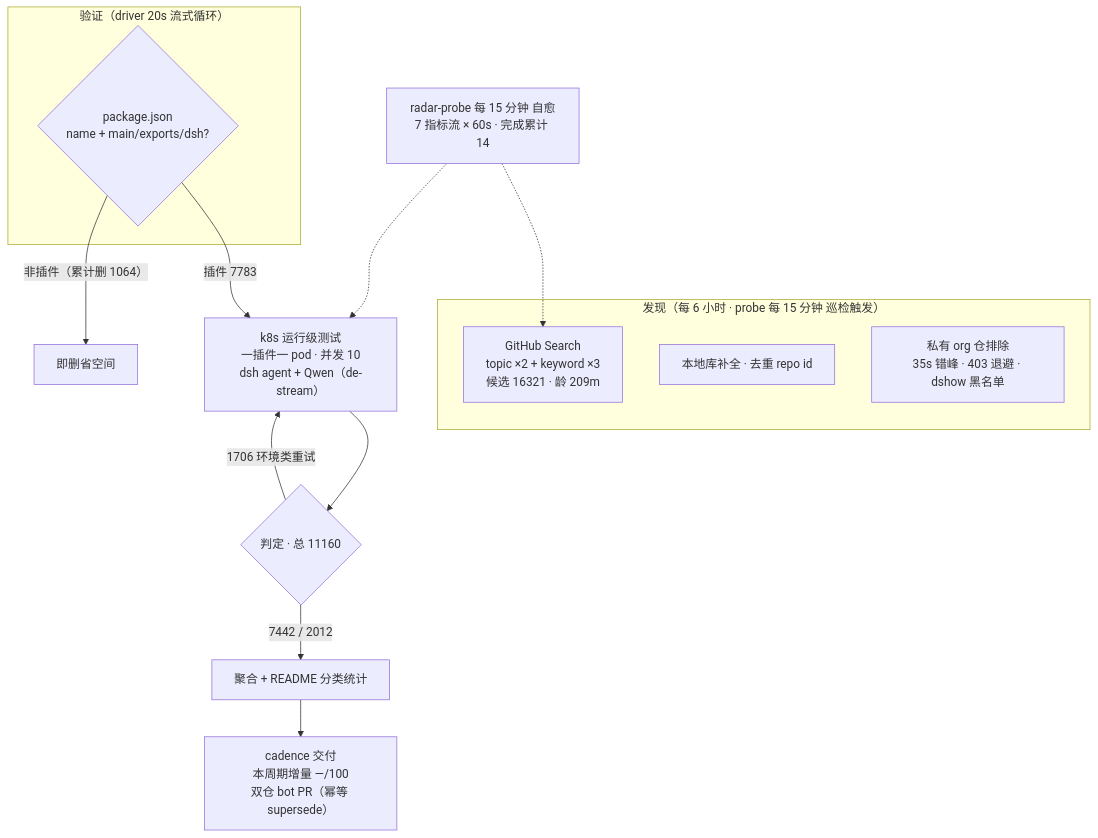
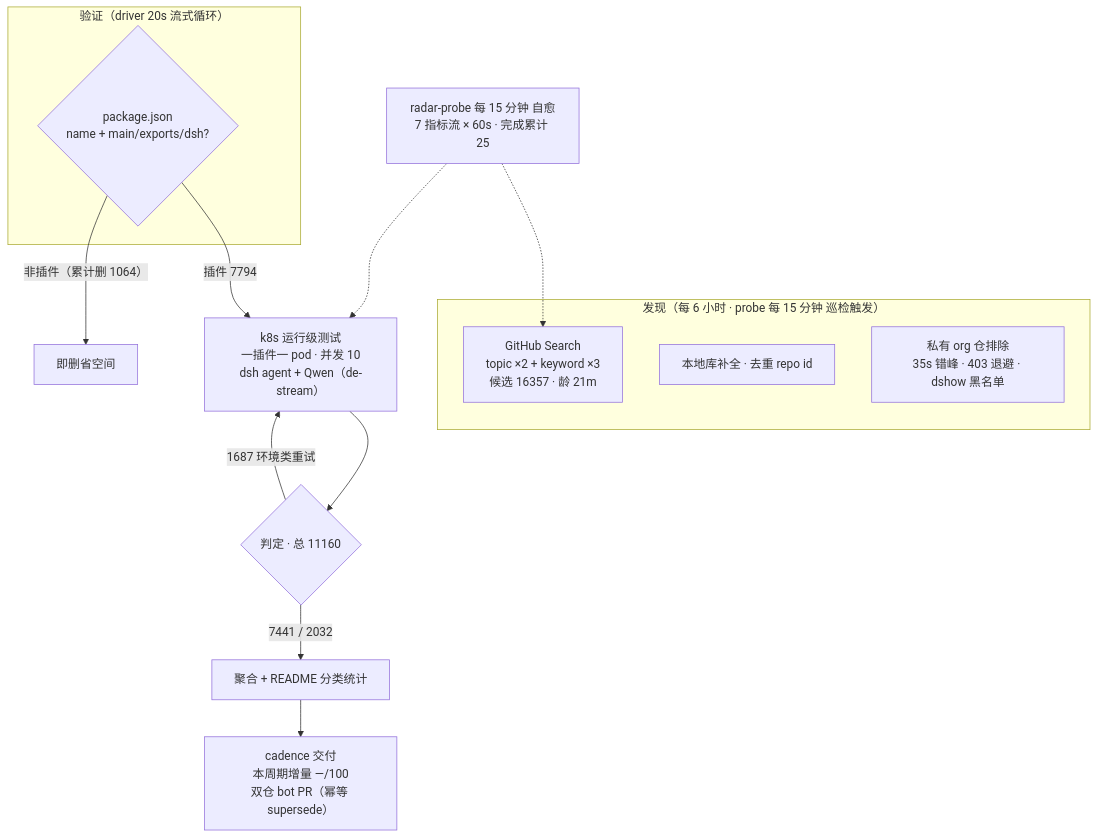
One commit to AdamPlatin123/awesome-dsh-plugins changed the diagram in README.md. Above: the diagram before and after it, drawn with Mermaid. The commit also changed other lines of this file and 5 other files, not shown here.

````diff
--- a/README.md
+++ b/README.md
@@ -52,20 +52,20 @@
 ```mermaid
 flowchart TB
     subgraph Discovery["发现（每 6 小时 · probe 每 15 分钟 巡检触发）"]
-        A1["GitHub Search<br/>topic ×2 + keyword ×3<br/>候选 16321 · 龄 209m"]
+        A1["GitHub Search<br/>topic ×2 + keyword ×3<br/>候选 16357 · 龄 21m"]
         A2["本地库补全 · 去重 repo id"]
         A3["私有 org 仓排除<br/>35s 错峰 · 403 退避 · dshow 黑名单"]
     end
     subgraph Validation["验证（driver 20s 流式循环）"]
         B1{"package.json<br/>name + main/exports/dsh?"}
     end
-    B1 -->|"插件 7783"| C1["k8s 运行级测试<br/>一插件一 pod · 并发 10<br/>dsh agent + Qwen（de-stream）"]
+    B1 -->|"插件 7794"| C1["k8s 运行级测试<br/>一插件一 pod · 并发 10<br/>dsh agent + Qwen（de-stream）"]
     B1 -->|"非插件（累计删 1064）"| B3["即删省空间"]
     C1 --> D1{"判定 · 总 11160"}
-    D1 -->|"7442 / 2012"| E1["聚合 + README 分类统计"]
-    D1 -->|"1706 环境类重试"| C1
+    D1 -->|"7441 / 2032"| E1["聚合 + README 分类统计"]
+    D1 -->|"1687 环境类重试"| C1
     E1 --> E2["cadence 交付<br/>本周期增量 —/100<br/>双仓 bot PR（幂等 supersede）"]
-    M["radar-probe 每 15 分钟 自愈<br/>7 指标流 × 60s · 完成累计 14"]
+    M["radar-probe 每 15 分钟 自愈<br/>7 指标流 × 60s · 完成累计 25"]
     M -.-> A1
     M -.-> C1
 ```
````
